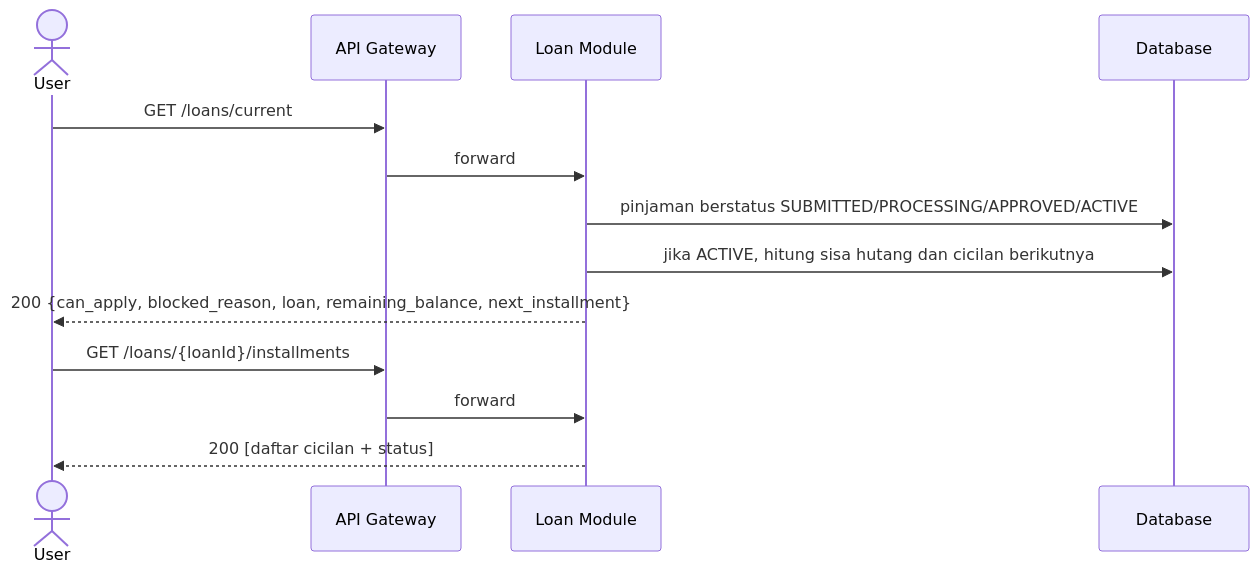
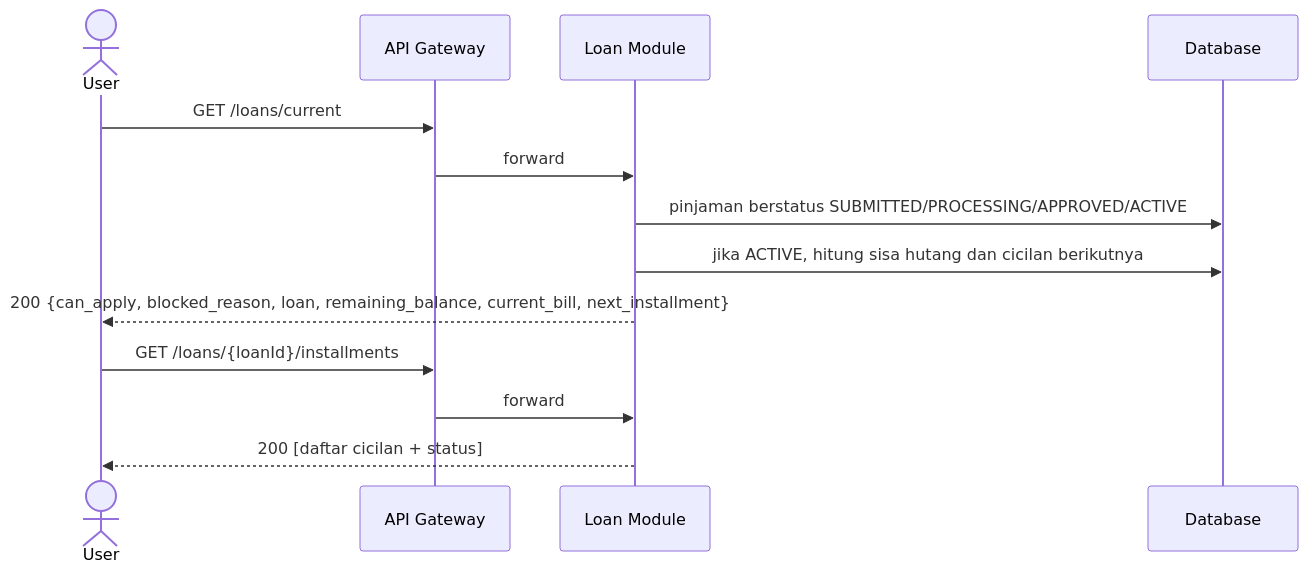
One commit to sendygit/assesment-solution-analyst changed the fifth of 5 diagrams in docs/04-api-design/api-sequence-diagrams.md. Above: the diagram before and after it, drawn with Mermaid. The commit also changed other lines of this file and 5 other files, not shown here.

Commit message:
Remove payment reminder and define outstanding balance and monthly bill rules

````diff
--- a/docs/04-api-design/api-sequence-diagrams.md
+++ b/docs/04-api-design/api-sequence-diagrams.md
@@ -167,17 +167,17 @@
 ```mermaid
 sequenceDiagram
     actor U as User
     participant GW as API Gateway
     participant Loan as Loan Module
     participant DB as Database
 
     U->>GW: GET /loans/current
     GW->>Loan: forward
     Loan->>DB: pinjaman berstatus SUBMITTED/PROCESSING/APPROVED/ACTIVE
     Loan->>DB: jika ACTIVE, hitung sisa hutang dan cicilan berikutnya
-    Loan-->>U: 200 {can_apply, blocked_reason, loan, remaining_balance, next_installment}
+    Loan-->>U: 200 {can_apply, blocked_reason, loan, remaining_balance, current_bill, next_installment}
 
     U->>GW: GET /loans/{loanId}/installments
     GW->>Loan: forward
     Loan-->>U: 200 [daftar cicilan + status]
 ```
````
